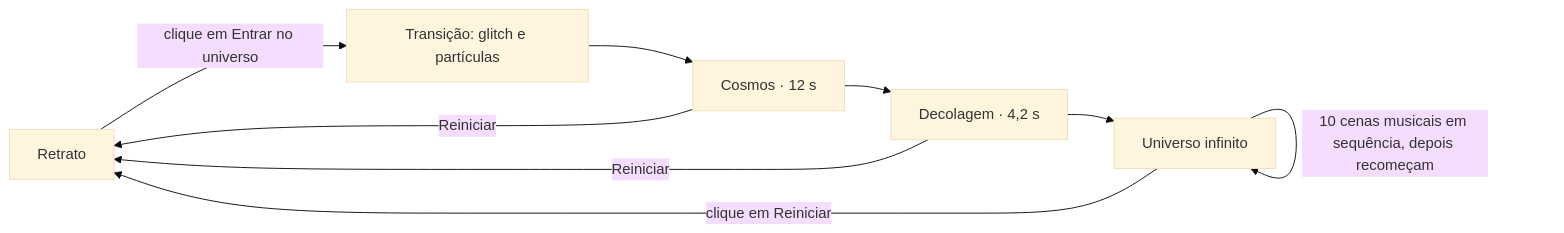
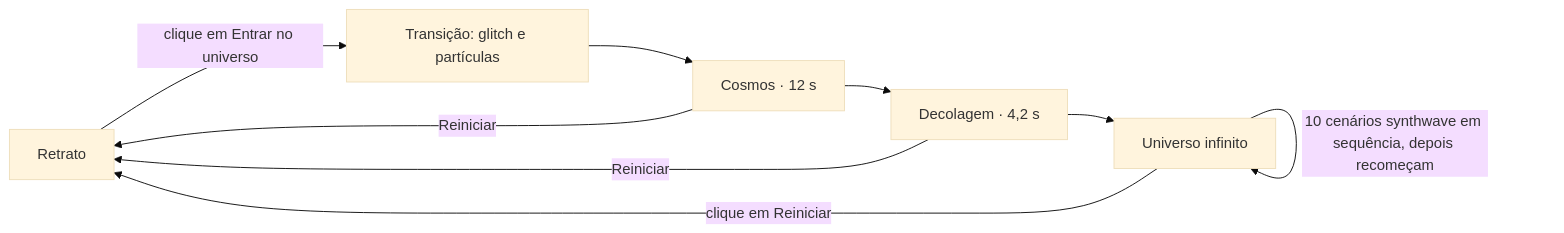
One commit to andreluis29/synthuniverse changed the diagram in docs/COMO-FUNCIONA.md. Above: the diagram before and after it, drawn with Mermaid (base theme). The commit also changed other lines of this file and 1 other file, not shown here.

First line of the commit message:
Documenta os 10 cenários visuais e a reprodução automática

````diff
--- a/docs/COMO-FUNCIONA.md
+++ b/docs/COMO-FUNCIONA.md
@@ -42,11 +42,11 @@
 ```mermaid
 flowchart LR
   A[Retrato] -- clique em Entrar no universo --> B[Transição: glitch e partículas]
   B --> C[Cosmos · 12 s]
   C --> D[Decolagem · 4,2 s]
   D --> E[Universo infinito]
-  E -- 10 cenas musicais em sequência, depois recomeçam --> E
+  E -- 10 cenários synthwave em sequência, depois recomeçam --> E
   E -- clique em Reiniciar --> A
   C -- Reiniciar --> A
   D -- Reiniciar --> A
 ```
````
